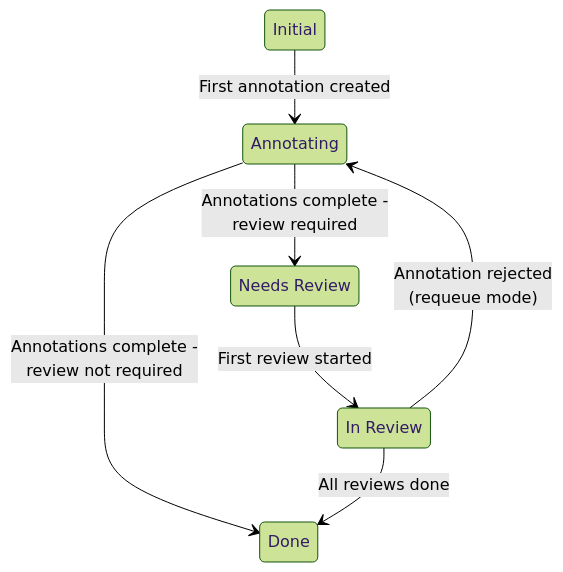
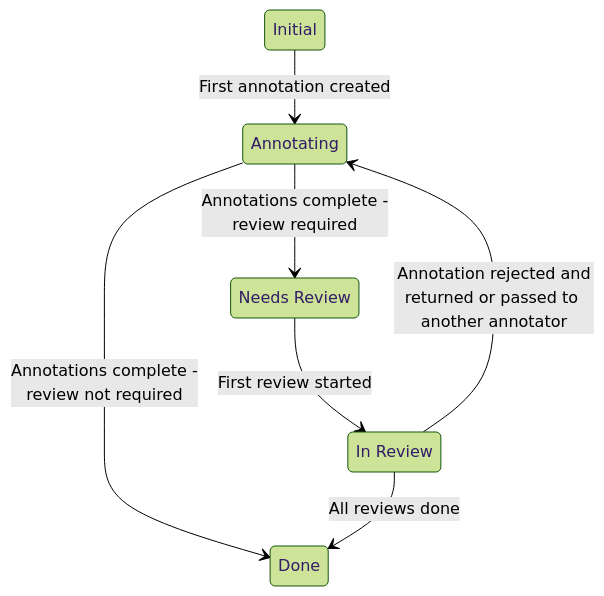
The second of 2 diagrams in docs/source/guide/project_states.md (HumanSignal/label-studio), drawn with Mermaid (forest theme) before and after one commit. The commit also changed other lines of this file and 3 other files, not shown here.

````diff
--- a/docs/source/guide/project_states.md
+++ b/docs/source/guide/project_states.md
@@ -69,21 +69,21 @@
 ```mermaid
 stateDiagram-v2
     state "Initial" as CREATED
     state "Annotating" as ANNOTATION_IN_PROGRESS
     state "Needs Review" as NEEDS_REVIEW
     state "In Review" as REVIEW_IN_PROGRESS
     state "Done" as COMPLETED
 
     CREATED --> ANNOTATION_IN_PROGRESS: First annotation created
     ANNOTATION_IN_PROGRESS --> NEEDS_REVIEW: Annotations complete -<br>review required
     ANNOTATION_IN_PROGRESS --> COMPLETED: Annotations complete -<br>review not required
     NEEDS_REVIEW --> REVIEW_IN_PROGRESS: First review started
     REVIEW_IN_PROGRESS --> COMPLETED: All reviews done
-    REVIEW_IN_PROGRESS --> ANNOTATION_IN_PROGRESS: Annotation rejected<br>(requeue mode)
+    REVIEW_IN_PROGRESS --> ANNOTATION_IN_PROGRESS: Annotation rejected and<br>returned or passed to another annotator
 
     class CREATED neutral
     class ANNOTATION_IN_PROGRESS grape
     class NEEDS_REVIEW cantaloupe
     class REVIEW_IN_PROGRESS plum
     class COMPLETED kale
 ```
````
